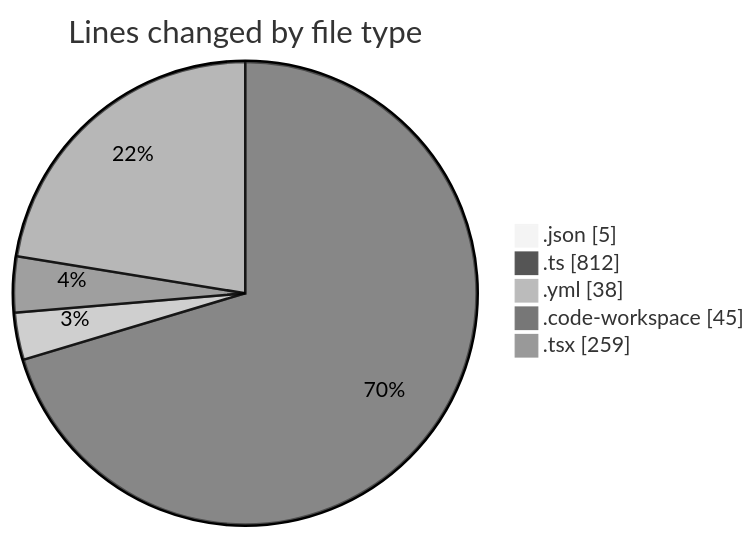
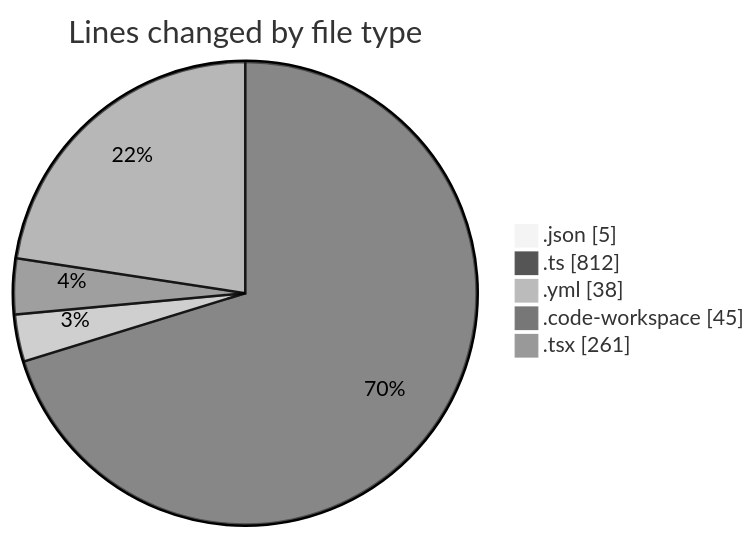
The first of 2 diagrams in 2025-11-25/eventscop-frontend-guide__workspace_/README.md (julien-gomy/code-tracking), drawn with Mermaid (neutral theme) before and after one commit. The commit also changed other lines of this file and 1 other file, not shown here.

````diff
--- a/2025-11-25/eventscop-frontend-guide__workspace_/README.md
+++ b/2025-11-25/eventscop-frontend-guide__workspace_/README.md
@@ -25,9 +25,9 @@
 ```mermaid
 pie showData
 title Lines changed by file type
 ".json" : 5
 ".ts" : 812
 ".yml" : 38
 ".code-workspace" : 45
-".tsx" : 259
+".tsx" : 261
 ```
````
